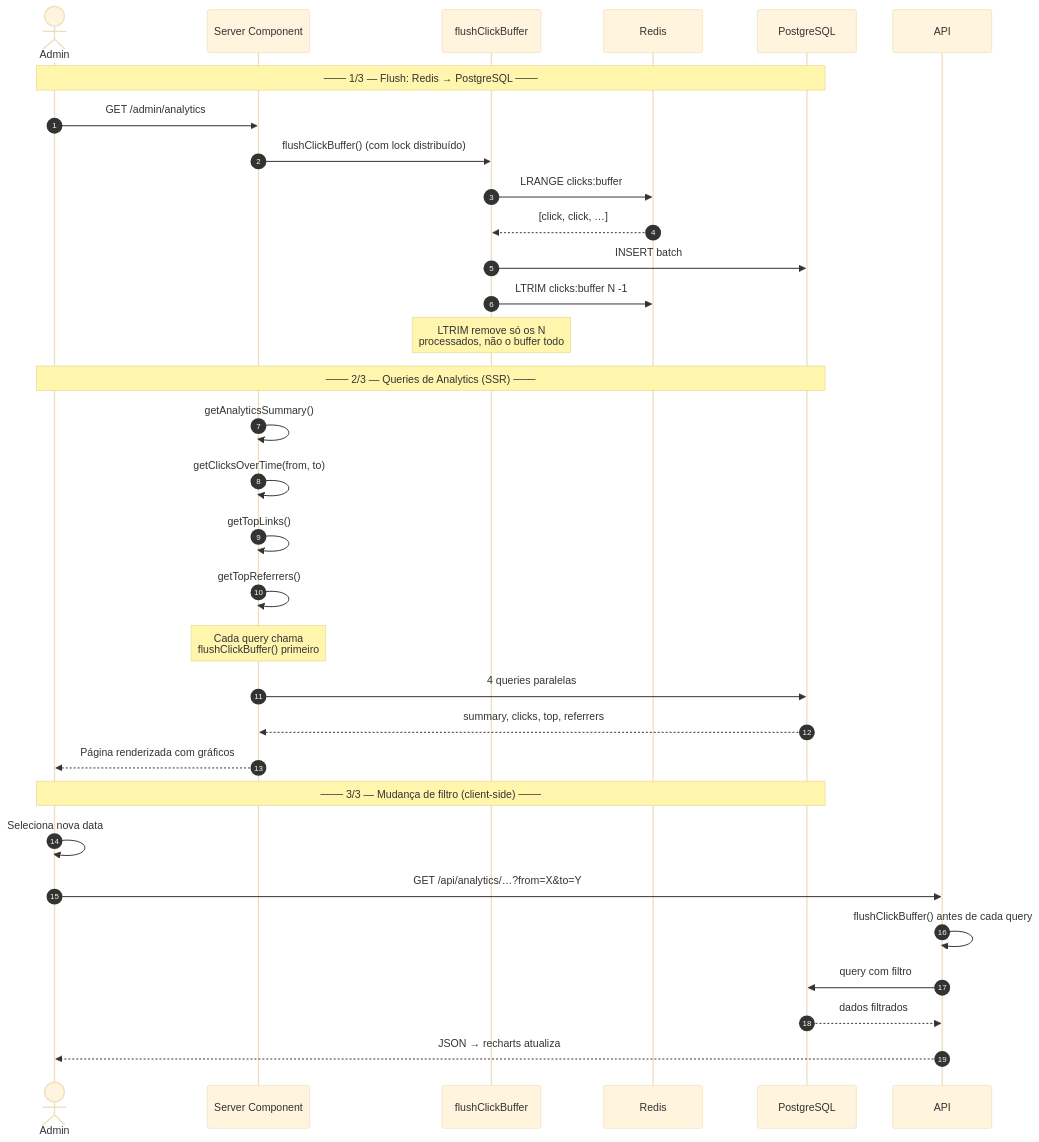
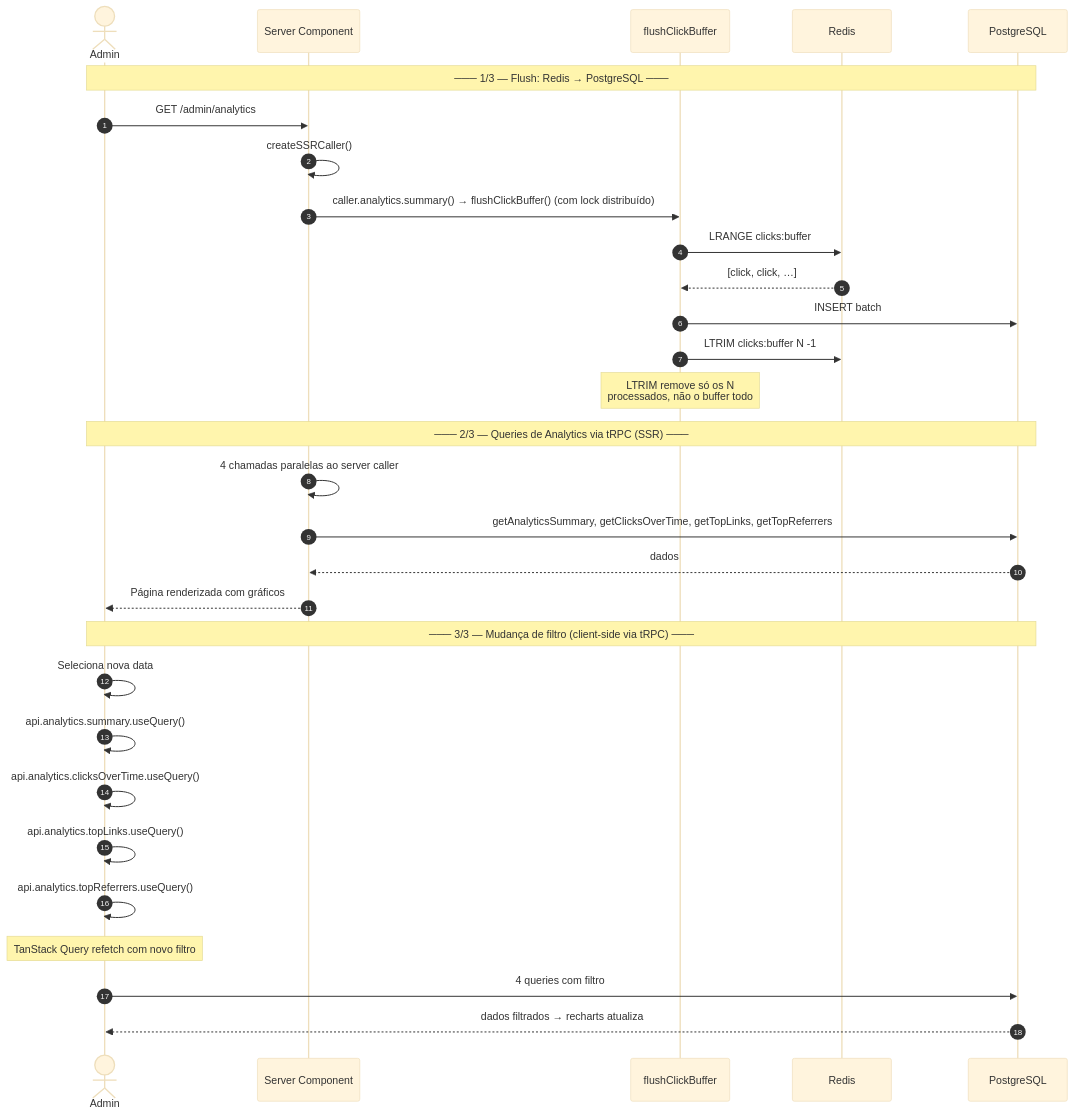
Before and after one commit to eduardoaugustolb/encurtador-url: the fourth of 5 diagrams in docs/fluxo-de-dados.md, drawn with Mermaid (base theme). The commit also changed other lines of this file and 79 other files, not shown here.

````diff
--- a/docs/fluxo-de-dados.md
+++ b/docs/fluxo-de-dados.md
@@ -155,37 +154,36 @@
 ```mermaid
 %%{init: {'sequence': {'actorMargin': 55, 'boxMargin': 20}}}%%
 sequenceDiagram
     autonumber
     actor A as Admin
     participant SC as Server Component
     participant F as flushClickBuffer
     participant R as Redis
     participant DB as PostgreSQL
 
     Note over A,DB: ─── 1/3 — Flush: Redis → PostgreSQL ───
     A->>SC: GET /admin/analytics
-    SC->>F: flushClickBuffer() (com lock distribuído)
+    SC->>SC: createSSRCaller()
+    SC->>F: caller.analytics.summary() → flushClickBuffer() (com lock distribuído)
     F->>R: LRANGE clicks:buffer
     R-->>F: [click, click, …]
     F->>DB: INSERT batch
     F->>R: LTRIM clicks:buffer N -1
     Note over F: LTRIM remove só os N<br/>processados, não o buffer todo
 
-    Note over A,DB: ─── 2/3 — Queries de Analytics (SSR) ───
-    SC->>SC: getAnalyticsSummary()
-    SC->>SC: getClicksOverTime(from, to)
-    SC->>SC: getTopLinks()
-    SC->>SC: getTopReferrers()
-    Note over SC: Cada query chama<br/>flushClickBuffer() primeiro
-    SC->>DB: 4 queries paralelas
-    DB-->>SC: summary, clicks, top, referrers
+    Note over A,DB: ─── 2/3 — Queries de Analytics via tRPC (SSR) ───
+    SC->>SC: 4 chamadas paralelas ao server caller
+    SC->>DB: getAnalyticsSummary, getClicksOverTime, getTopLinks, getTopReferrers
+    DB-->>SC: dados
     SC-->>A: Página renderizada com gráficos
 
-    Note over A,DB: ─── 3/3 — Mudança de filtro (client-side) ───
+    Note over A,DB: ─── 3/3 — Mudança de filtro (client-side via tRPC) ───
     A->>A: Seleciona nova data
-    A->>API: GET /api/analytics/…?from=X&to=Y
-    API->>API: flushClickBuffer() antes de cada query
-    API->>DB: query com filtro
-    DB-->>API: dados filtrados
-    API-->>A: JSON → recharts atualiza
+    A->>A: api.analytics.summary.useQuery()
+    A->>A: api.analytics.clicksOverTime.useQuery()
+    A->>A: api.analytics.topLinks.useQuery()
+    A->>A: api.analytics.topReferrers.useQuery()
+    Note over A: TanStack Query refetch com novo filtro
+    A->>DB: 4 queries com filtro
+    DB-->>A: dados filtrados → recharts atualiza
 ```
````
